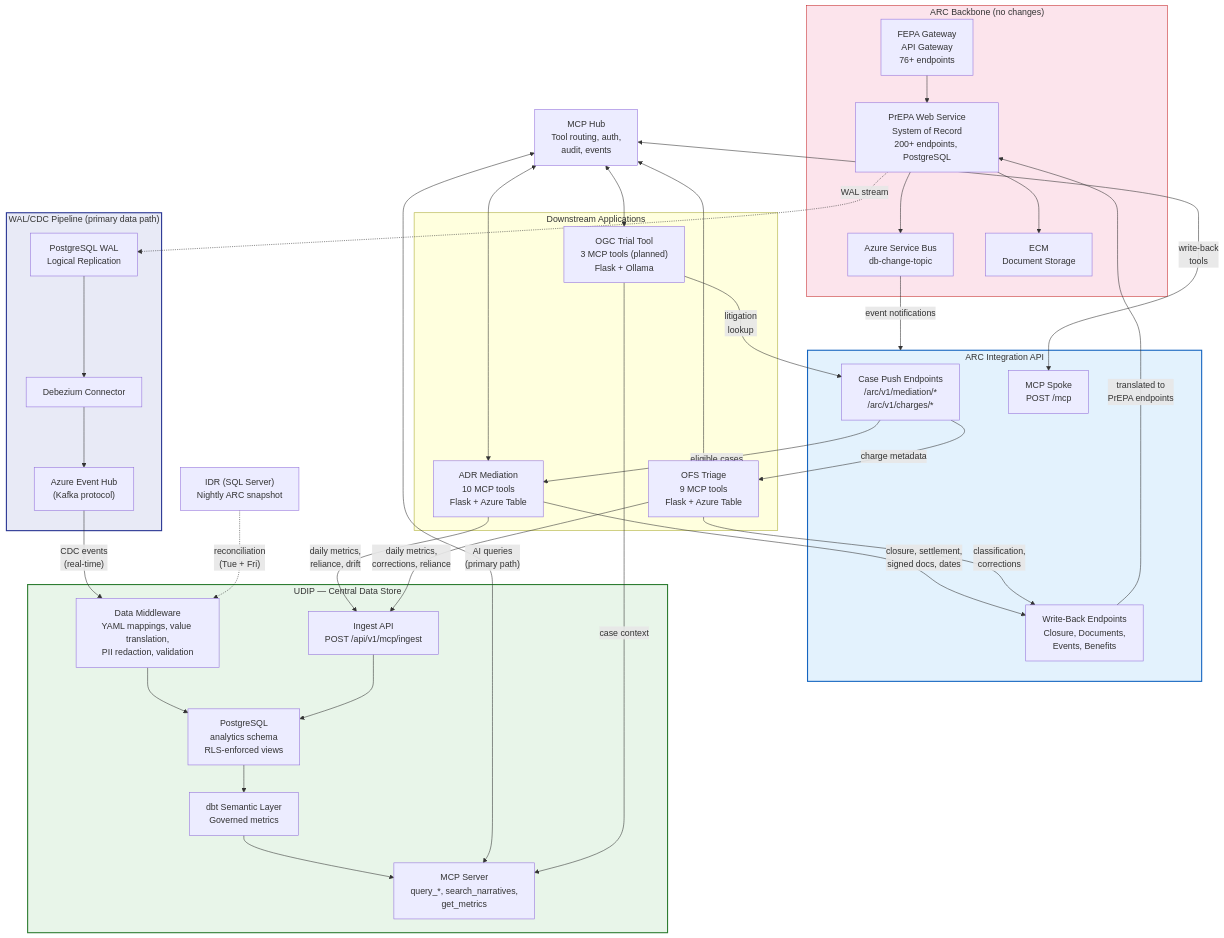
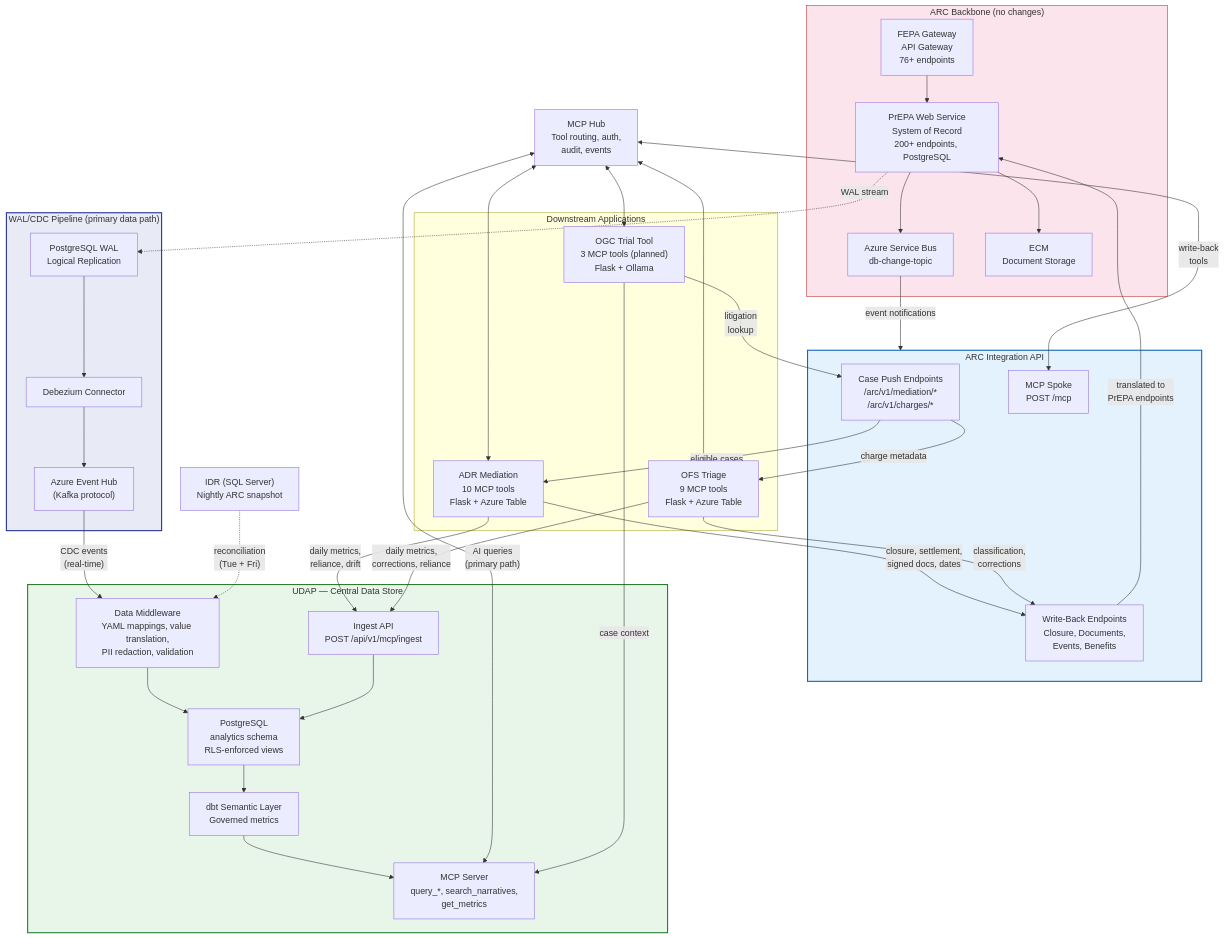
The first of 6 diagrams in OCIO_Leadership_Briefing.md (derekcentrico/eeoc-ai-platform-docs), drawn with Mermaid before and after one commit. The commit also changed other lines of this file and 18 other files, not shown here.

Commit message:
Rename UDIP to UDAP (Unified Data Analytics Platform)

````diff
--- a/OCIO_Leadership_Briefing.md
+++ b/OCIO_Leadership_Briefing.md
@@ -26,82 +26,82 @@
 ```mermaid
 flowchart TB
     subgraph ARC["ARC Backbone (no changes)"]
         PrEPA["PrEPA Web Service<br/>System of Record<br/>200+ endpoints, PostgreSQL"]
         Gateway["FEPA Gateway<br/>API Gateway<br/>76+ endpoints"]
         SB["Azure Service Bus<br/>db-change-topic"]
         ECM["ECM<br/>Document Storage"]
         PrEPA --> SB
         PrEPA --> ECM
         Gateway --> PrEPA
     end
 
     subgraph CDC["WAL/CDC Pipeline (primary data path)"]
         WAL["PostgreSQL WAL<br/>Logical Replication"]
         Debezium["Debezium Connector"]
         EH["Azure Event Hub<br/>(Kafka protocol)"]
         WAL --> Debezium --> EH
     end
 
     subgraph Integration["ARC Integration API"]
         Push["Case Push Endpoints<br/>/arc/v1/mediation/*<br/>/arc/v1/charges/*"]
         WriteBack["Write-Back Endpoints<br/>Closure, Documents,<br/>Events, Benefits"]
         MCP_Spoke["MCP Spoke<br/>POST /mcp"]
     end
 
-    subgraph Central["UDIP — Central Data Store"]
+    subgraph Central["UDAP — Central Data Store"]
         MW["Data Middleware<br/>YAML mappings, value translation,<br/>PII redaction, validation"]
         PG["PostgreSQL<br/>analytics schema<br/>RLS-enforced views"]
         dbt["dbt Semantic Layer<br/>Governed metrics"]
         Ingest["Ingest API<br/>POST /api/v1/mcp/ingest"]
         UMCP["MCP Server<br/>query_*, search_narratives,<br/>get_metrics"]
         MW --> PG --> dbt --> UMCP
         Ingest --> PG
     end
 
     IDR["IDR (SQL Server)<br/>Nightly ARC snapshot"]
 
     subgraph Apps["Downstream Applications"]
         ADR["ADR Mediation<br/>10 MCP tools<br/>Flask + Azure Table"]
         Triage["OFS Triage<br/>9 MCP tools<br/>Flask + Azure Table"]
         OGC["OGC Trial Tool<br/>3 MCP tools (planned)<br/>Flask + Ollama"]
     end
 
     Hub["MCP Hub<br/>Tool routing, auth,<br/>audit, events"]
 
     %% WAL/CDC primary data path
     PrEPA -.->|"WAL stream"| WAL
     EH -->|"CDC events<br/>(real-time)"| MW
     IDR -.->|"reconciliation<br/>(Tue + Fri)"| MW
 
     %% Service Bus for event notifications
     SB -->|"event notifications"| Integration
 
     %% Integration API to Apps (case pushes)
     Push -->|"eligible cases"| ADR
     Push -->|"charge metadata"| Triage
 
     %% Apps write back through Integration API
     ADR -->|"closure, settlement,<br/>signed docs, dates"| WriteBack
     Triage -->|"classification,<br/>corrections"| WriteBack
     WriteBack -->|"translated to<br/>PrEPA endpoints"| PrEPA
 
-    %% Apps push analytics directly to UDIP
+    %% Apps push analytics directly to UDAP
     ADR -->|"daily metrics,<br/>reliance, drift"| Ingest
     Triage -->|"daily metrics,<br/>corrections, reliance"| Ingest
 
-    %% Hub routes queries to UDIP
+    %% Hub routes queries to UDAP
     Hub <-->|"AI queries<br/>(primary path)"| UMCP
     Hub <-->|"write-back<br/>tools"| MCP_Spoke
     Hub <--> ADR
     Hub <--> Triage
     Hub <--> OGC
 
     %% OGC queries
     OGC -->|"litigation<br/>lookup"| Push
     OGC -->|"case context"| UMCP
 
     style Central fill:#e8f5e9,stroke:#2e7d32,stroke-width:2px
     style CDC fill:#e8eaf6,stroke:#283593,stroke-width:2px
     style Integration fill:#e3f2fd,stroke:#1565c0,stroke-width:2px
     style ARC fill:#fce4ec,stroke:#c62828,stroke-width:1px
 ```
````
